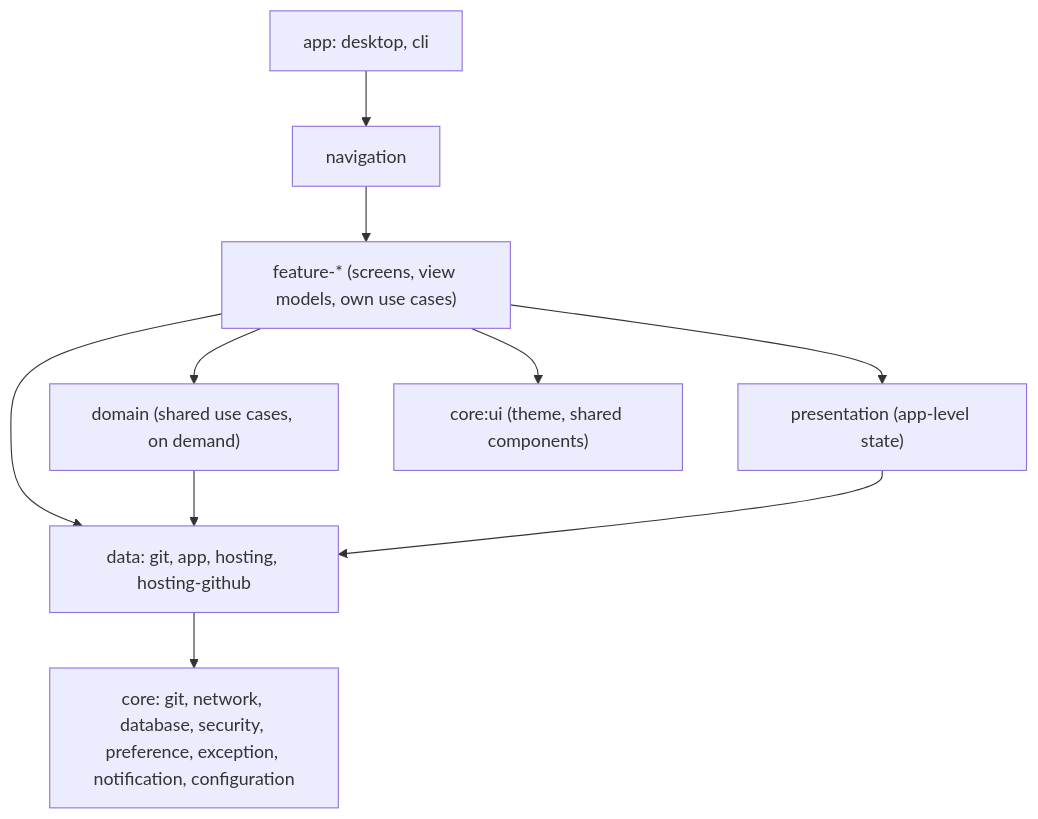
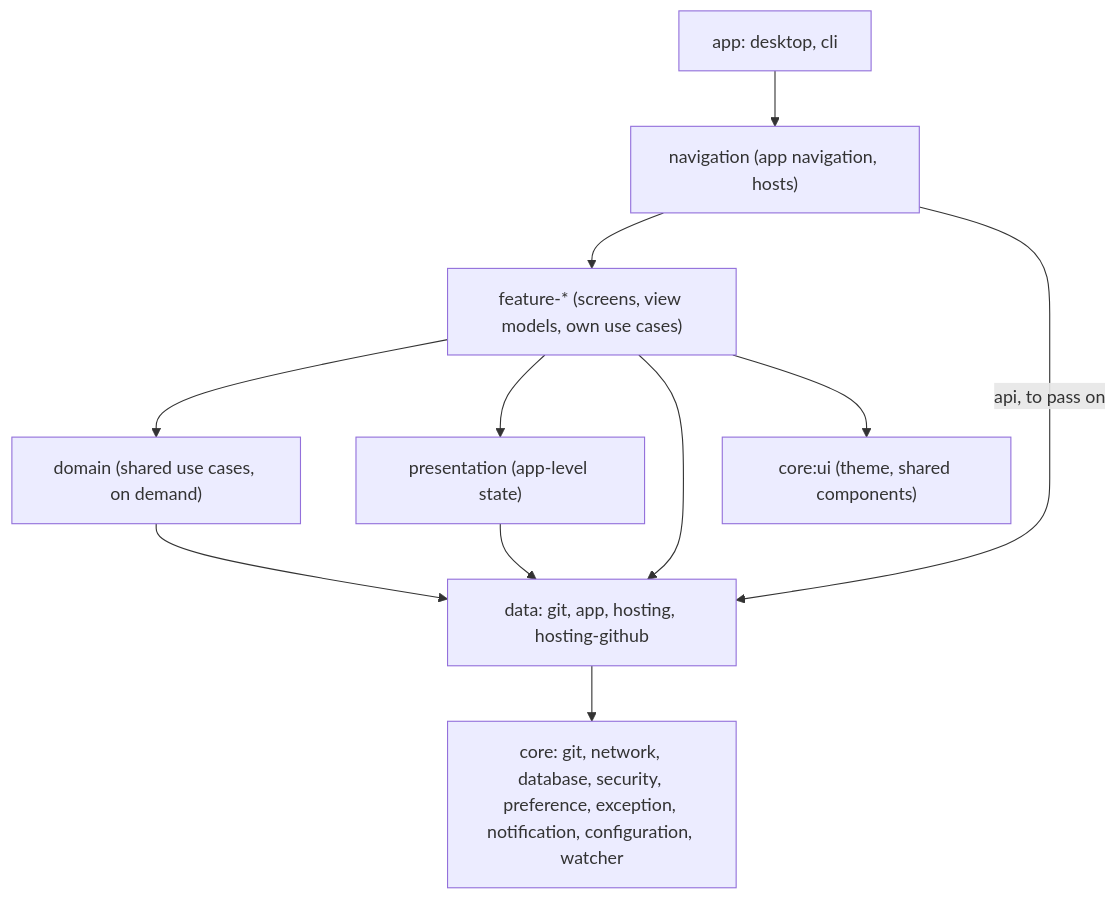
Before and after one commit to srctool/graft: the diagram in docs/design/01 - Foundations/02 - Architecture.md, drawn with Mermaid. The commit also changed other lines of this file and 8 other files, not shown here.

````diff
--- a/docs/design/01 - Foundations/02 - Architecture.md
+++ b/docs/design/01 - Foundations/02 - Architecture.md
@@ -30,12 +30,13 @@
 ```mermaid
 flowchart TB
-    app["app: desktop, cli"] --> nav["navigation"]
+    app["app: desktop, cli"] --> nav["navigation (app navigation, hosts)"]
     nav --> feat["feature-* (screens, view models, own use cases)"]
     feat --> dom["domain (shared use cases, on demand)"]
     feat --> pres["presentation (app-level state)"]
     feat --> data["data: git, app, hosting, hosting-github"]
+    nav -->|"api, to pass on"| data
     dom --> data
     pres --> data
-    data --> core["core: git, network, database, security, preference, exception, notification, configuration"]
+    data --> core["core: git, network, database, security, preference, exception, notification, configuration, watcher"]
     feat --> ui["core:ui (theme, shared components)"]
 ```
````
